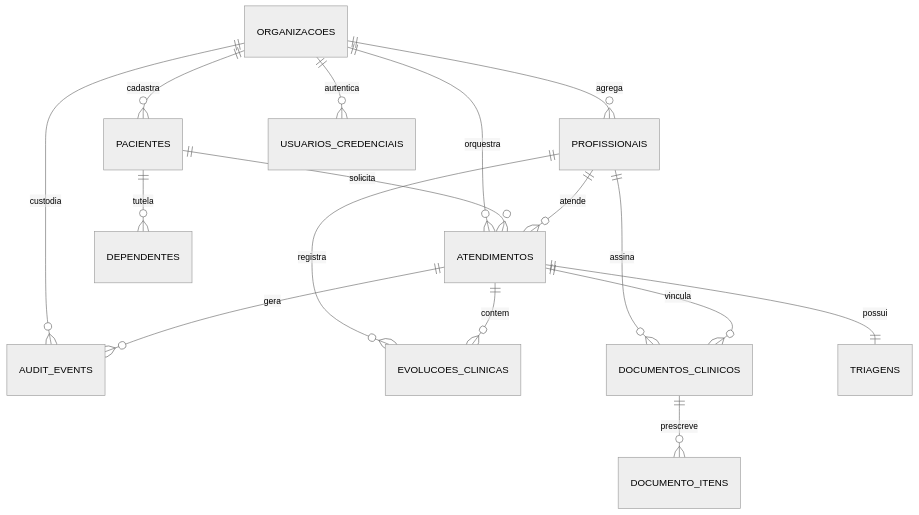
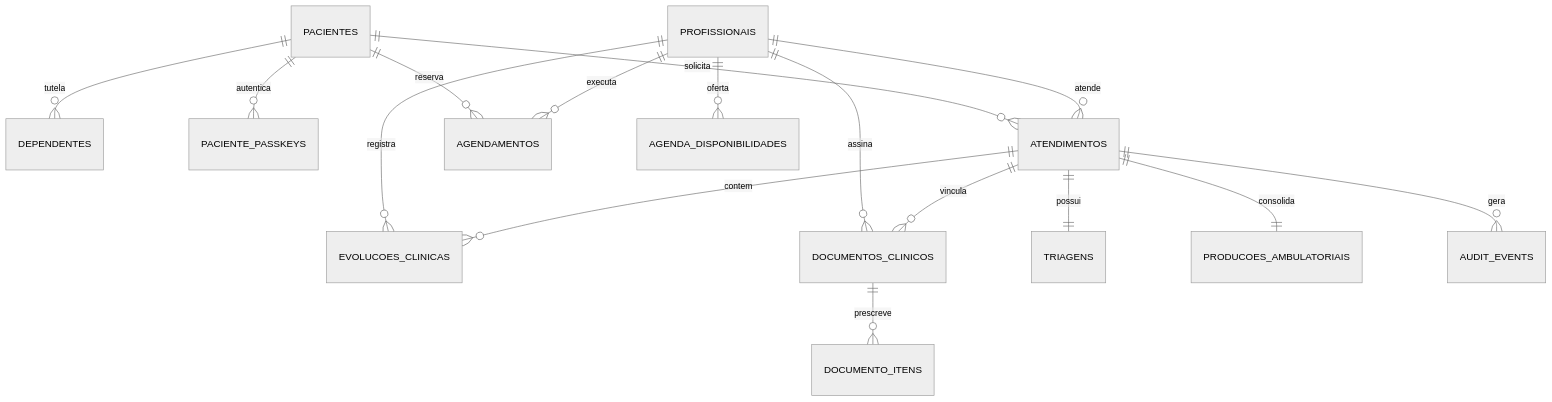
The diagram in docs/explanation/architecture/data-model.md (Rafaelp122/medisync), drawn with Mermaid (neutral theme) before and after one commit. The commit also changed other lines of this file and 400 other files, not shown here.

````diff
--- a/docs/explanation/architecture/data-model.md
+++ b/docs/explanation/architecture/data-model.md
@@ -36,22 +36,21 @@
 ```mermaid
 erDiagram
-    ORGANIZACOES ||--o{ PROFISSIONAIS : agrega
-    ORGANIZACOES ||--o{ PACIENTES : cadastra
-    ORGANIZACOES ||--o{ ATENDIMENTOS : orquestra
-    ORGANIZACOES ||--o{ AUDIT_EVENTS : custodia
-    ORGANIZACOES ||--o{ USUARIOS_CREDENCIAIS : autentica
-
     PACIENTES ||--o{ DEPENDENTES : tutela
+    PACIENTES ||--o{ PACIENTE_PASSKEYS : autentica
     PACIENTES ||--o{ ATENDIMENTOS : solicita
+    PACIENTES ||--o{ AGENDAMENTOS : reserva
 
     PROFISSIONAIS ||--o{ ATENDIMENTOS : atende
     PROFISSIONAIS ||--o{ EVOLUCOES_CLINICAS : registra
     PROFISSIONAIS ||--o{ DOCUMENTOS_CLINICOS : assina
+    PROFISSIONAIS ||--o{ AGENDA_DISPONIBILIDADES : oferta
+    PROFISSIONAIS ||--o{ AGENDAMENTOS : executa
 
     ATENDIMENTOS ||--|| TRIAGENS : possui
     ATENDIMENTOS ||--o{ EVOLUCOES_CLINICAS : contem
     ATENDIMENTOS ||--o{ DOCUMENTOS_CLINICOS : vincula
+    ATENDIMENTOS ||--|| PRODUCOES_AMBULATORIAIS : consolida
     ATENDIMENTOS ||--o{ AUDIT_EVENTS : gera
 
     DOCUMENTOS_CLINICOS ||--o{ DOCUMENTO_ITENS : prescreve
 ```
````
